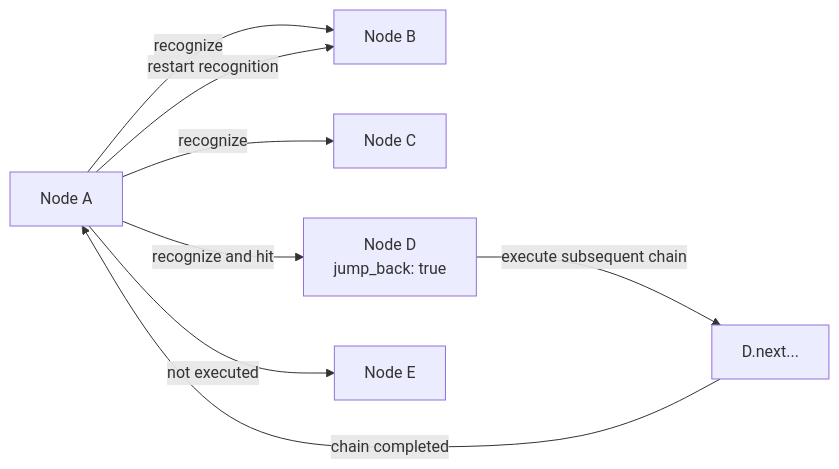
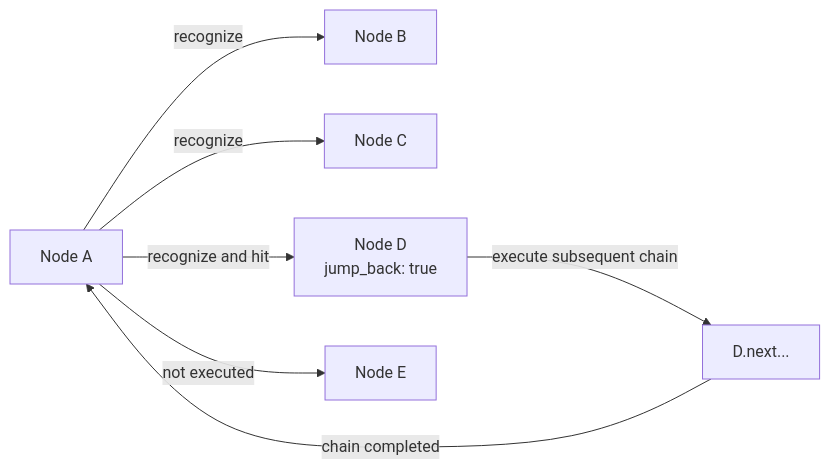
The fourth of 4 diagrams in docs/en_us/3.1-PipelineProtocol.md (MaaXYZ/MaaFramework), drawn with Mermaid before and after one commit. The commit also changed other lines of this file and 1 other file, not shown here.

````diff
--- a/docs/en_us/3.1-PipelineProtocol.md
+++ b/docs/en_us/3.1-PipelineProtocol.md
@@ -366,10 +366,9 @@
 ```mermaid
 graph LR
     A[Node A] -->|recognize| B[Node B]
     A -->|recognize| C[Node C]
     A -->|recognize and hit| D[Node D<br/>jump_back: true]
     A -->|not executed| E[Node E]
     D -->|execute subsequent chain| F[D.next...]
     F -->|chain completed| A
-    A -->|restart recognition| B
 ```
````
